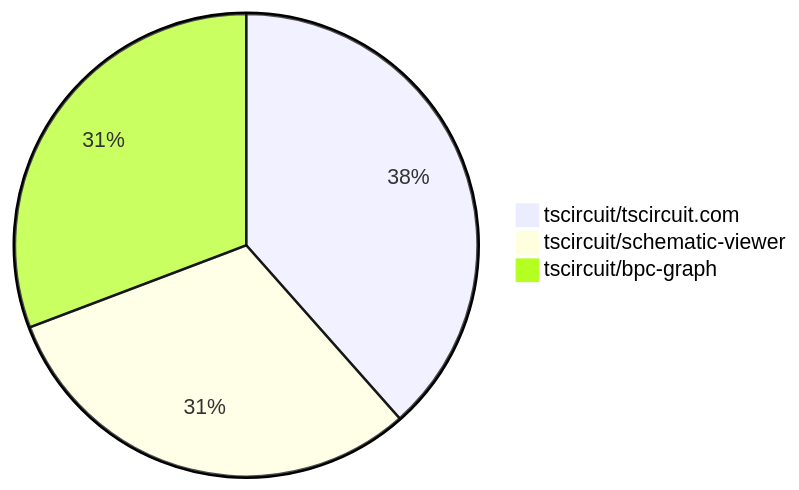
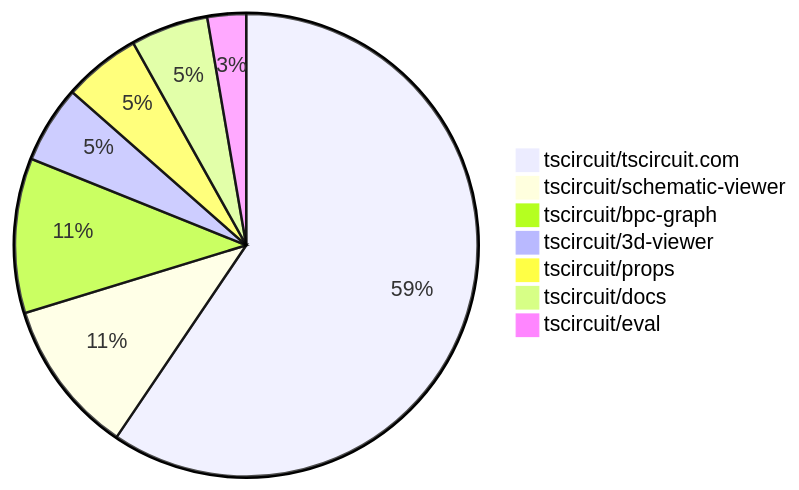
Before and after one commit to tscircuit/contribution-tracker: the second of 2 diagrams in contribution-overviews/2025-08-06.md, drawn with Mermaid. The commit also changed other lines of this file and 3 other files, not shown here.

````diff
--- a/contribution-overviews/2025-08-06.md
+++ b/contribution-overviews/2025-08-06.md
@@ -46,6 +55,10 @@
 ```mermaid
 pie
-    "tscircuit/tscircuit.com" : 5
+    "tscircuit/tscircuit.com" : 22
     "tscircuit/schematic-viewer" : 4
     "tscircuit/bpc-graph" : 4
+    "tscircuit/3d-viewer" : 2
+    "tscircuit/props" : 2
+    "tscircuit/docs" : 2
+    "tscircuit/eval" : 1
 ```
````
